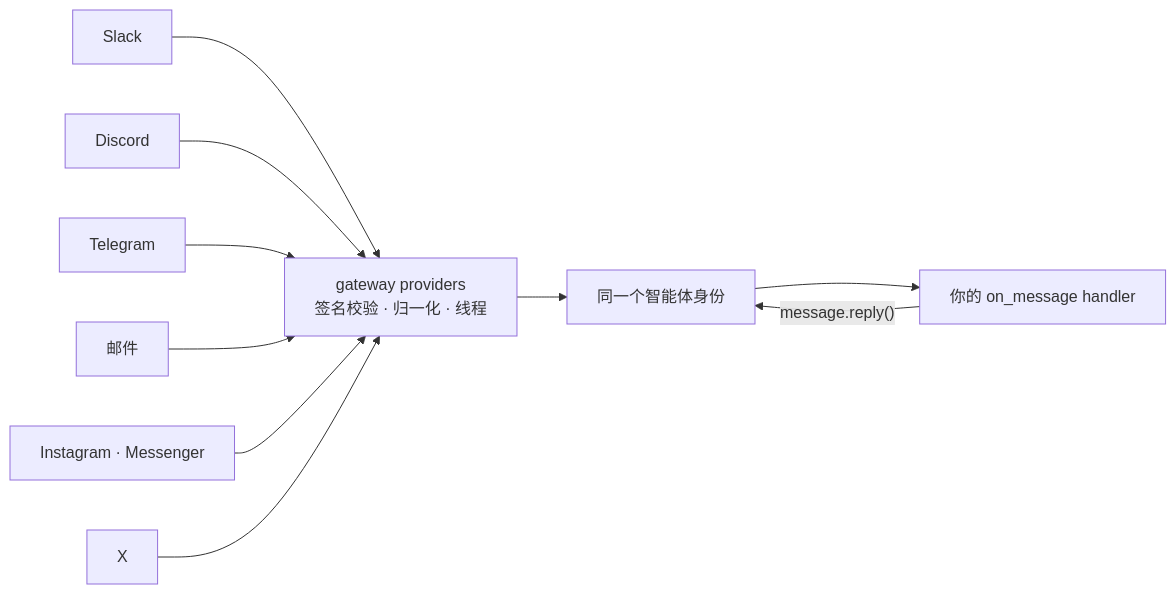
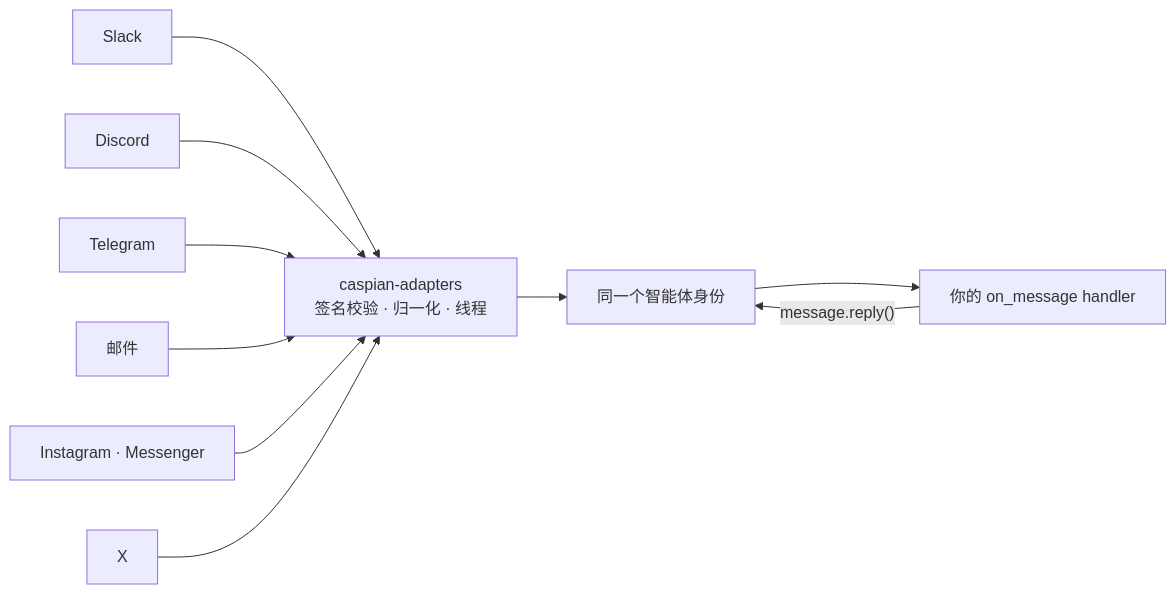
The diagram in README.zh-CN.md (TryCaspian/caspian-sdk), drawn with Mermaid before and after one commit. The commit also changed other lines of this file and 21 other files, not shown here.

````diff
--- a/README.zh-CN.md
+++ b/README.zh-CN.md
@@ -151,12 +148,12 @@
 ```mermaid
 flowchart LR
     S[Slack] --> A
     D[Discord] --> A
     T[Telegram] --> A
     E[邮件] --> A
     M[Instagram · Messenger] --> A
     X[X] --> A
-    A["gateway providers<br/>签名校验 · 归一化 · 线程"] --> I["同一个智能体身份"]
+    A["caspian-adapters<br/>签名校验 · 归一化 · 线程"] --> I["同一个智能体身份"]
     I --> H["你的 on_message handler"]
     H -->|"message.reply()"| I
 ```
````
